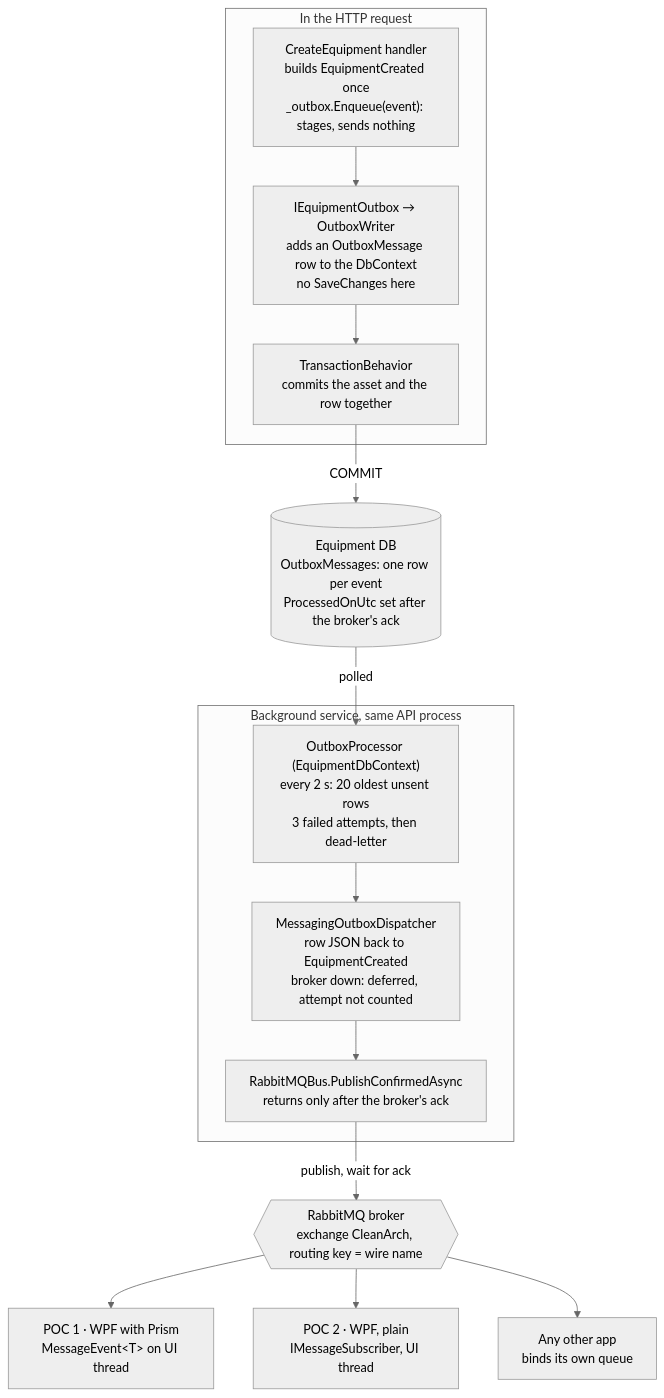
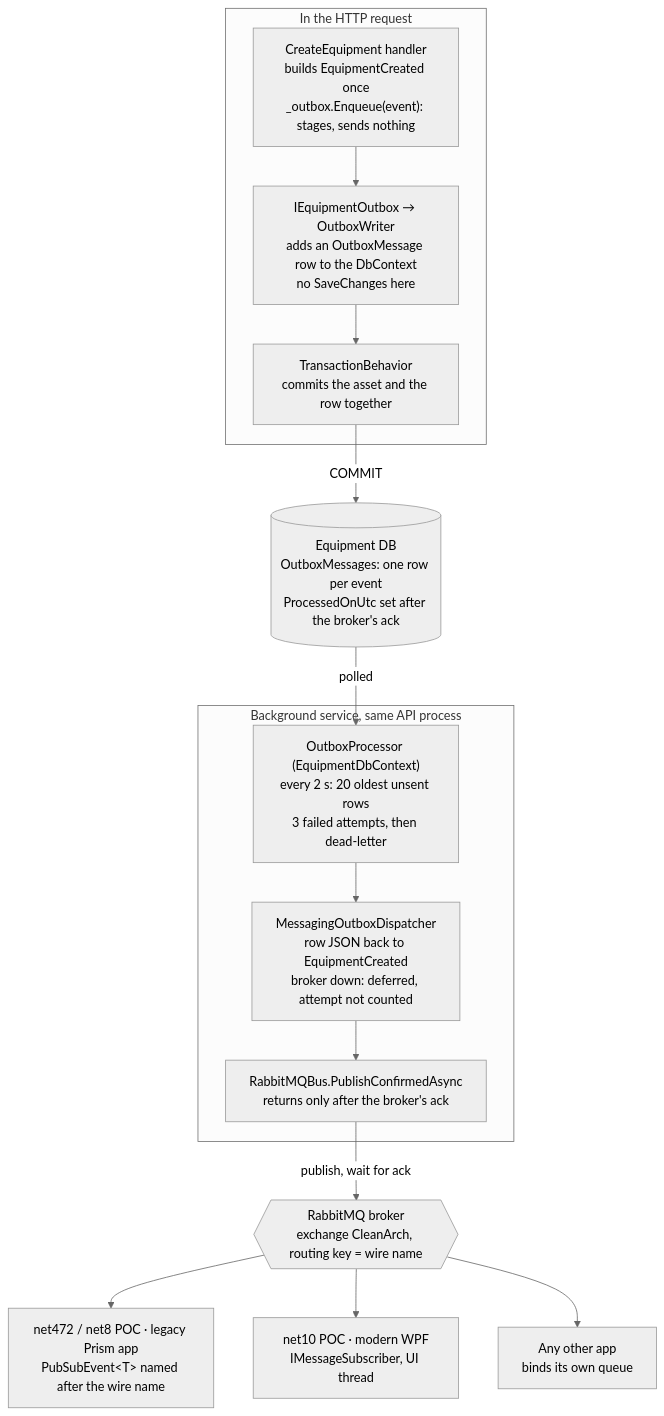
The diagram in docs/messaging/how-the-api-uses-rabbitmq.md (ncowine/CleanArchitecture), drawn with Mermaid (neutral theme) before and after one commit. The commit also changed other lines of this file and 49 other files, not shown here.

First line of the commit message:
feat(samples): messaging POCs by framework - net472, net8 (legacy format), net10 (modern)

````diff
--- a/docs/messaging/how-the-api-uses-rabbitmq.md
+++ b/docs/messaging/how-the-api-uses-rabbitmq.md
@@ -58,26 +58,26 @@
 ```mermaid
 flowchart TB
     subgraph Request["In the HTTP request"]
         H["CreateEquipment handler<br/>builds EquipmentCreated once<br/>_outbox.Enqueue(event): stages, sends nothing"]
         W["IEquipmentOutbox → OutboxWriter<br/>adds an OutboxMessage row to the DbContext<br/>no SaveChanges here"]
         T["TransactionBehavior<br/>commits the asset and the row together"]
         H --> W --> T
     end
     DB[("Equipment DB<br/>OutboxMessages: one row per event<br/>ProcessedOnUtc set after the broker's ack")]
     subgraph Background["Background service, same API process"]
         P["OutboxProcessor (EquipmentDbContext)<br/>every 2 s: 20 oldest unsent rows<br/>3 failed attempts, then dead-letter"]
         D["MessagingOutboxDispatcher<br/>row JSON back to EquipmentCreated<br/>broker down: deferred, attempt not counted"]
         B["RabbitMQBus.PublishConfirmedAsync<br/>returns only after the broker's ack"]
         P --> D --> B
     end
     MQ{{"RabbitMQ broker<br/>exchange CleanArch, routing key = wire name"}}
-    R1["POC 1 · WPF with Prism<br/>MessageEvent&lt;T&gt; on UI thread"]
-    R2["POC 2 · WPF, plain<br/>IMessageSubscriber, UI thread"]
+    R1["net472 / net8 POC · legacy Prism app<br/>PubSubEvent&lt;T&gt; named after the wire name"]
+    R2["net10 POC · modern WPF<br/>IMessageSubscriber, UI thread"]
     R3["Any other app<br/>binds its own queue"]
     T -- COMMIT --> DB
     DB -- polled --> P
     B -- "publish, wait for ack" --> MQ
     MQ --> R1
     MQ --> R2
     MQ --> R3
 ```
````
